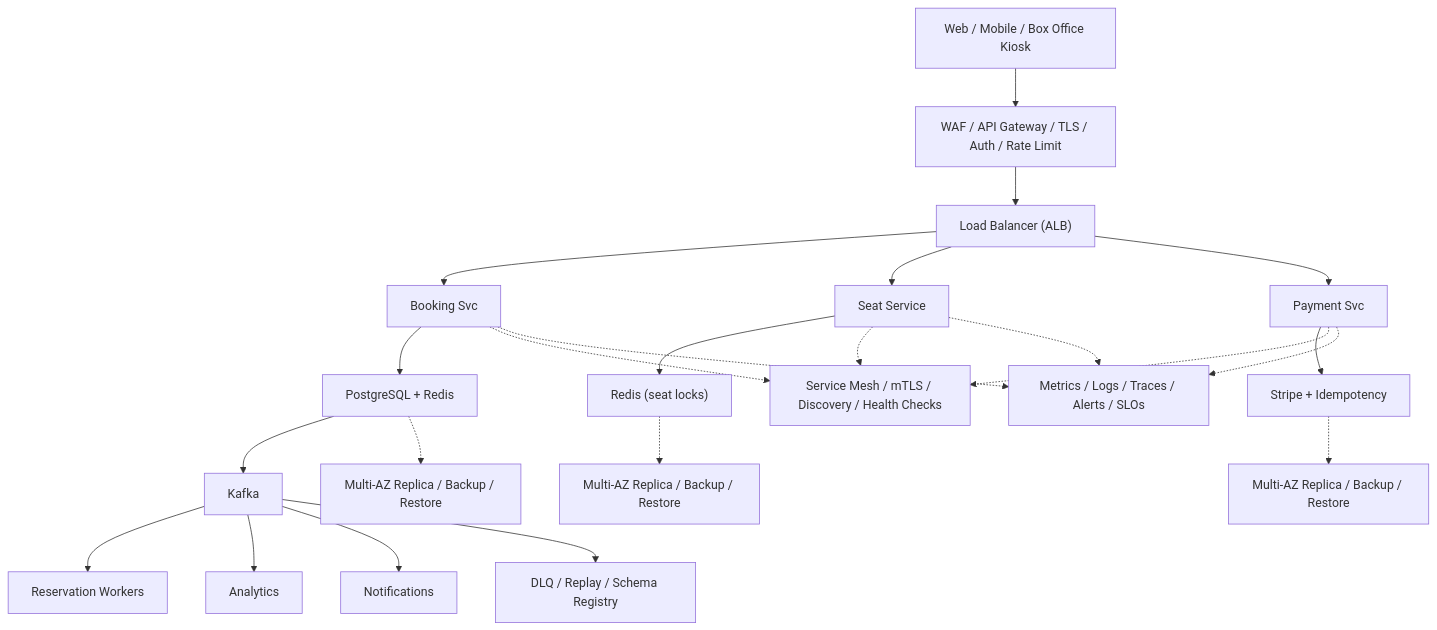
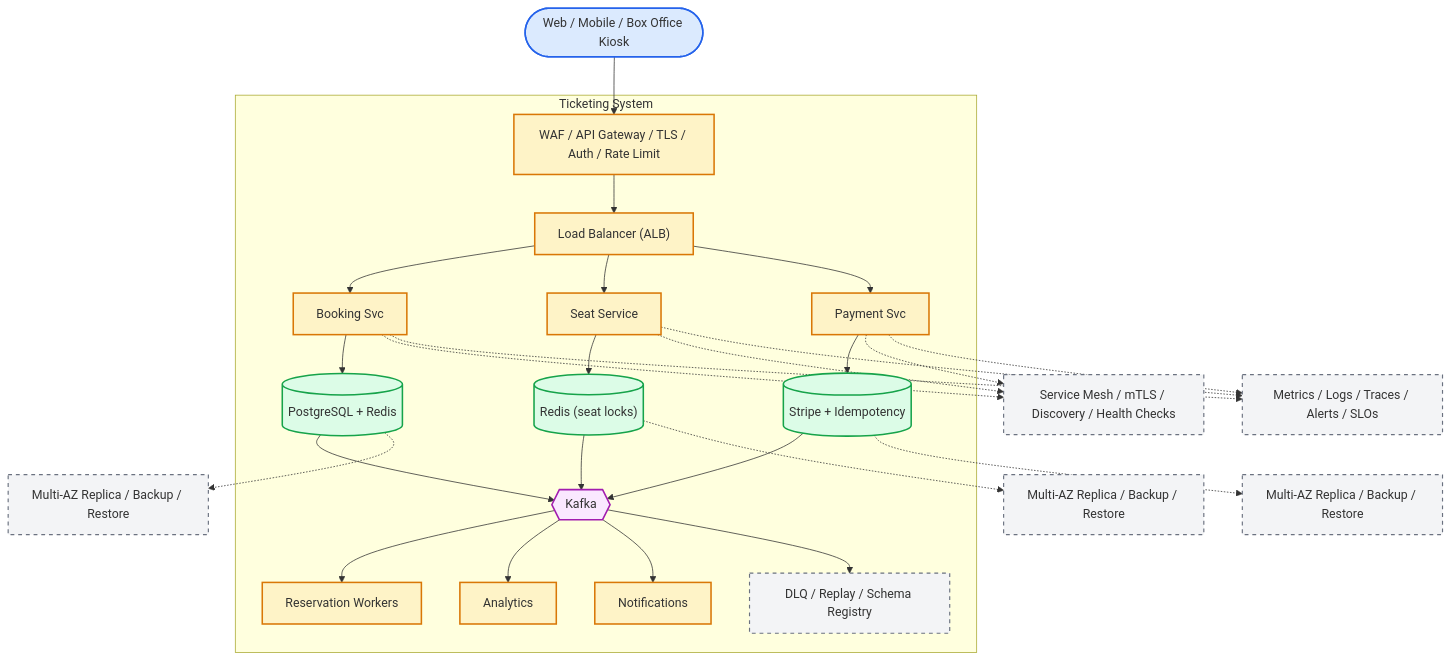
The diagram in system-design-ticketing-system.md (aishwary11/system-design), drawn with Mermaid before and after one commit. The commit also changed other lines of this file and 36 other files, not shown here.

First line of the commit message:
Standardize all diagrams on C4-style Mermaid template

````diff
--- a/system-design-ticketing-system.md
+++ b/system-design-ticketing-system.md
@@ -44,25 +44,65 @@
 ```mermaid
 flowchart TB
-    clients["Web / Mobile / Box Office Kiosk"] --> edge["WAF / API Gateway / TLS / Auth / Rate Limit"]
-    edge --> lb["Load Balancer (ALB)"]
-    lb --> svc0["Booking Svc"]
-    lb --> svc1["Seat Service"]
-    lb --> svc2["Payment Svc"]
-    svc0 --> store0["PostgreSQL + Redis"]
-    svc1 --> store1["Redis (seat locks)"]
-    svc2 --> store2["Stripe + Idempotency"]
-    store0 --> stream["Kafka"]
-    stream --> worker0["Reservation Workers"]
-    stream --> worker1["Analytics"]
-    stream --> worker2["Notifications"]
-    svc0 -.-> platform["Service Mesh / mTLS / Discovery / Health Checks"]
-    svc1 -.-> platform
-    svc2 -.-> platform
-    store0 -.-> backup0["Multi-AZ Replica / Backup / Restore"]
-    store1 -.-> backup1["Multi-AZ Replica / Backup / Restore"]
-    store2 -.-> backup2["Multi-AZ Replica / Backup / Restore"]
-    stream --> dlq["DLQ / Replay / Schema Registry"]
-    svc0 -.-> ops["Metrics / Logs / Traces / Alerts / SLOs"]
+    %% Actors (people)
+    clients(["Web / Mobile / Box Office Kiosk"])
+
+    %% System boundary - containers owned by the platform
+    subgraph platform["Ticketing System"]
+        edge["WAF / API Gateway / TLS / Auth / Rate Limit"]
+        lb["Load Balancer (ALB)"]
+        svc0["Booking Svc"]
+        svc1["Seat Service"]
+        svc2["Payment Svc"]
+        store0[("PostgreSQL + Redis")]
+        store1[("Redis (seat locks)")]
+        store2[("Stripe + Idempotency")]
+        stream{{"Kafka"}}
+        worker0["Reservation Workers"]
+        worker1["Analytics"]
+        worker2["Notifications"]
+        dlq["DLQ / Replay / Schema Registry"]
+    end
+
+    %% Cross-cutting control plane (dashed edges)
+    mesh["Service Mesh / mTLS / Discovery / Health Checks"]
+    ops["Metrics / Logs / Traces / Alerts / SLOs"]
+    backup0["Multi-AZ Replica / Backup / Restore"]
+    backup1["Multi-AZ Replica / Backup / Restore"]
+    backup2["Multi-AZ Replica / Backup / Restore"]
+
+    clients --> edge
+    edge --> lb
+    lb --> svc0
+    lb --> svc1
+    lb --> svc2
+    svc0 --> store0
+    svc1 --> store1
+    svc2 --> store2
+    store0 --> stream
+    store1 --> stream
+    store2 --> stream
+    stream --> worker0
+    stream --> worker1
+    stream --> worker2
+    stream --> dlq
+    svc0 -.-> mesh
+    svc1 -.-> mesh
+    svc2 -.-> mesh
+    svc0 -.-> ops
     svc1 -.-> ops
     svc2 -.-> ops
+    store0 -.-> backup0
+    store1 -.-> backup1
+    store2 -.-> backup2
+
+    classDef actor fill:#dbeafe,stroke:#2563eb,stroke-width:2px
+    classDef service fill:#fef3c7,stroke:#d97706,stroke-width:2px
+    classDef store fill:#dcfce7,stroke:#16a34a,stroke-width:2px
+    classDef broker fill:#fae8ff,stroke:#a21caf,stroke-width:2px
+    classDef control fill:#f3f4f6,stroke:#6b7280,stroke-width:1.5px,stroke-dasharray:5 5
+    class clients actor
+    class edge,lb,svc0,svc1,svc2,worker0,worker1,worker2 service
+    class store0,store1,store2 store
+    class stream broker
+    class dlq,mesh,ops,backup0,backup1,backup2 control
 ```
````
